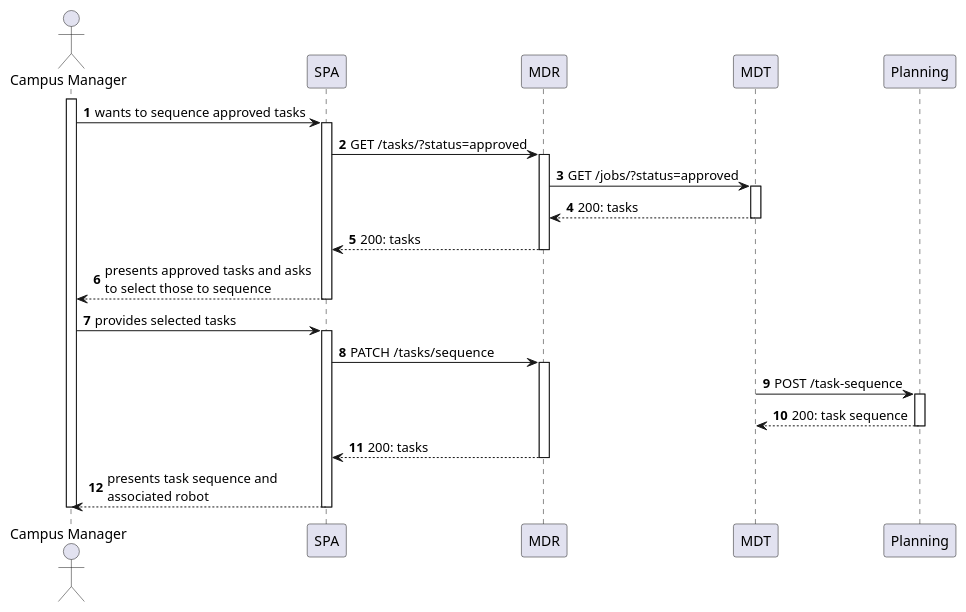
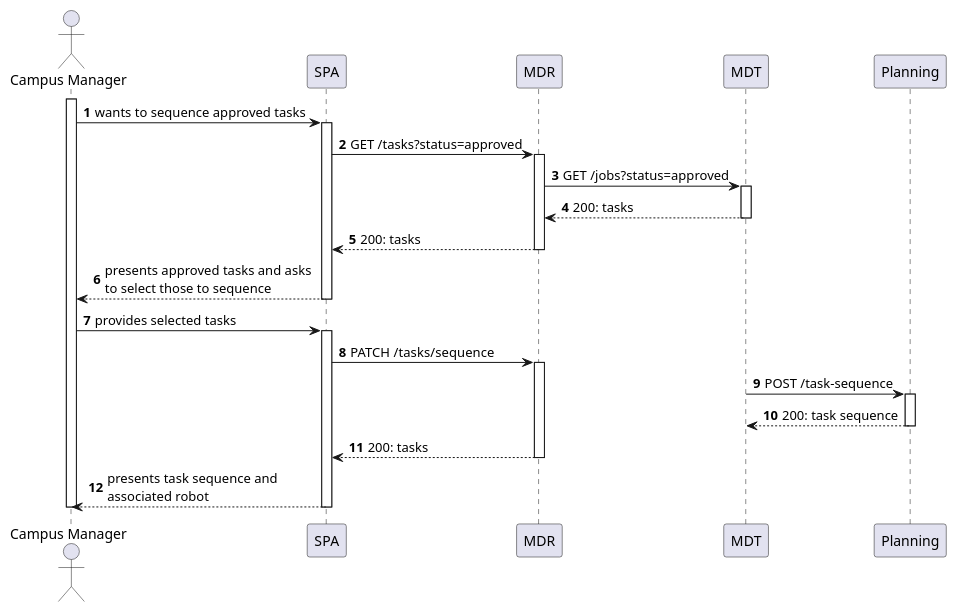
Before and after one commit to Departamento-de-Engenharia-Informatica/lapr5-23-24-g19: the diagram in docs/us500/level2/process-view.puml, drawn with PlantUML. The commit also changed 13 other files, not shown here.

```diff
--- a/docs/us500/level2/process-view.puml
+++ b/docs/us500/level2/process-view.puml
@@ -1,38 +1,38 @@
 @startuml
 autonumber
 
 actor "Campus Manager" as usr
 
 participant "SPA" as ui
 participant "MDR" as mdr
 participant "MDT" as mdt
 participant "Planning" as plan
 
 activate usr
     usr -> ui : wants to sequence approved tasks
     activate ui
-        ui -> mdr : GET /tasks/?status=approved
+        ui -> mdr : GET /tasks?status=approved
         activate mdr
-            mdr -> mdt : GET /jobs/?status=approved
+            mdr -> mdt : GET /jobs?status=approved
             activate mdt
                 mdt --> mdr : 200: tasks
             deactivate mdt
             mdr --> ui : 200: tasks
         deactivate mdr
         ui --> usr : presents approved tasks and asks \nto select those to sequence
     deactivate ui
 
     usr -> ui : provides selected tasks
     activate ui
         ui -> mdr : PATCH /tasks/sequence
         activate mdr
                 mdt -> plan : POST /task-sequence
                 activate plan
                     plan --> mdt : 200: task sequence
                 deactivate plan
             mdr --> ui : 200: tasks
         deactivate mdr
         ui --> usr : presents task sequence and \nassociated robot
     deactivate ui
 deactivate usr
 @enduml
```
